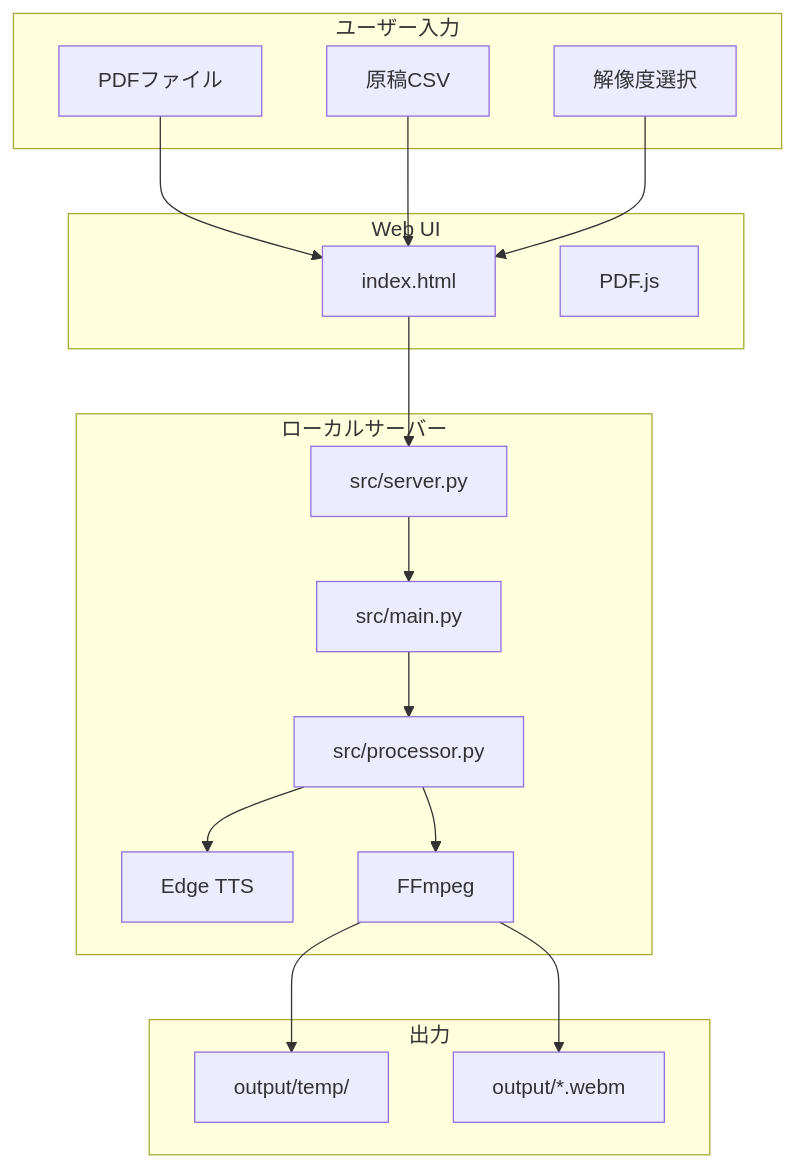
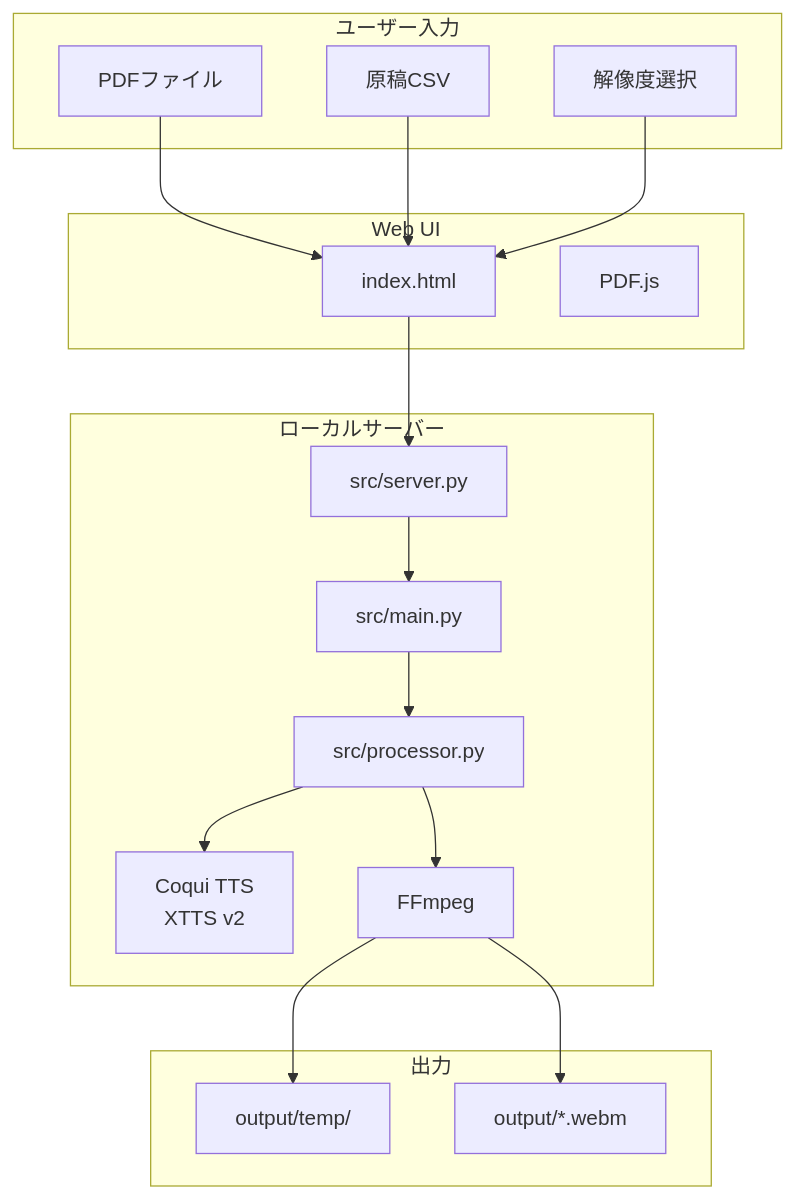
The first of 4 diagrams in docs/完全仕様書.md (J1921604/Slide-MyVoice-Maker), drawn with Mermaid before and after one commit. The commit also changed other lines of this file and 8 other files, not shown here.

Commit message:
feat: Coqui TTS統合とTorchCodecバイパス実装 - Edge TTSフォールバック無効化 - torchaudio.loadをsoundfileベースにパッチ - 音声生成タイムアウト300秒に延長 - Coqui TTS初回実行時のモデルロード対応 - requirements.txt整理（edge-tts, pandas削除、cutlet/unidic-lite追加） - ドキュメント更新（README, spec.md, plan.md, 完全仕様書.md） - FFmpegインストール手順追加

````diff
--- a/docs/完全仕様書.md
+++ b/docs/完全仕様書.md
@@ -66,37 +66,37 @@
 ```mermaid
 flowchart TB
     subgraph ユーザー入力
         PDF[PDFファイル]
         CSV[原稿CSV]
         RES[解像度選択]
     end
 
     subgraph ローカルサーバー
         SERVER[src/server.py]
         MAIN[src/main.py]
         PROC[src/processor.py]
-        TTS[Edge TTS]
+        TTS[Coqui TTS<br/>XTTS v2]
         FFMPEG[FFmpeg]
     end
 
     subgraph Web UI
         HTML[index.html]
         PDFJS[PDF.js]
     end
 
     subgraph 出力
         TEMP[output/temp/]
         WEBM[output/*.webm]
     end
 
     PDF --> HTML
     CSV --> HTML
     RES --> HTML
     HTML --> SERVER
     SERVER --> MAIN
     MAIN --> PROC
     PROC --> TTS
     PROC --> FFMPEG
     FFMPEG --> TEMP
     FFMPEG --> WEBM
 ```
````
